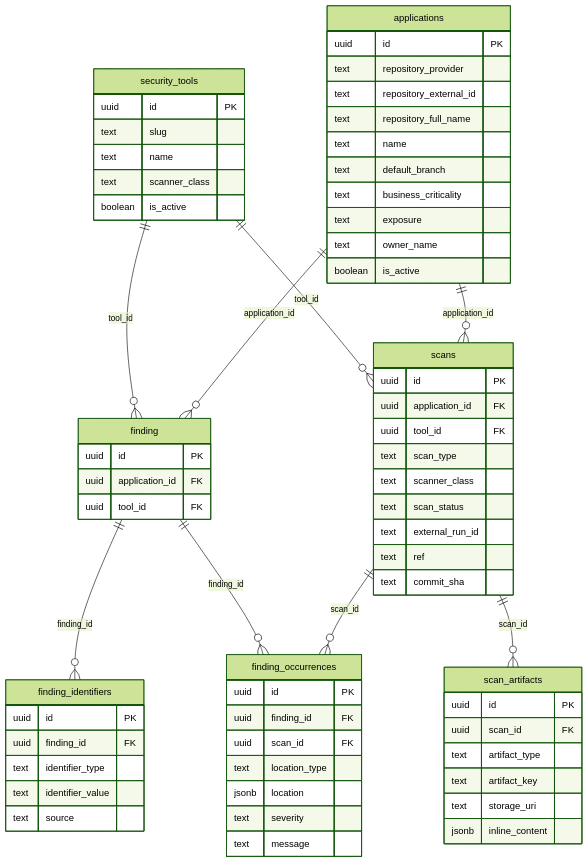
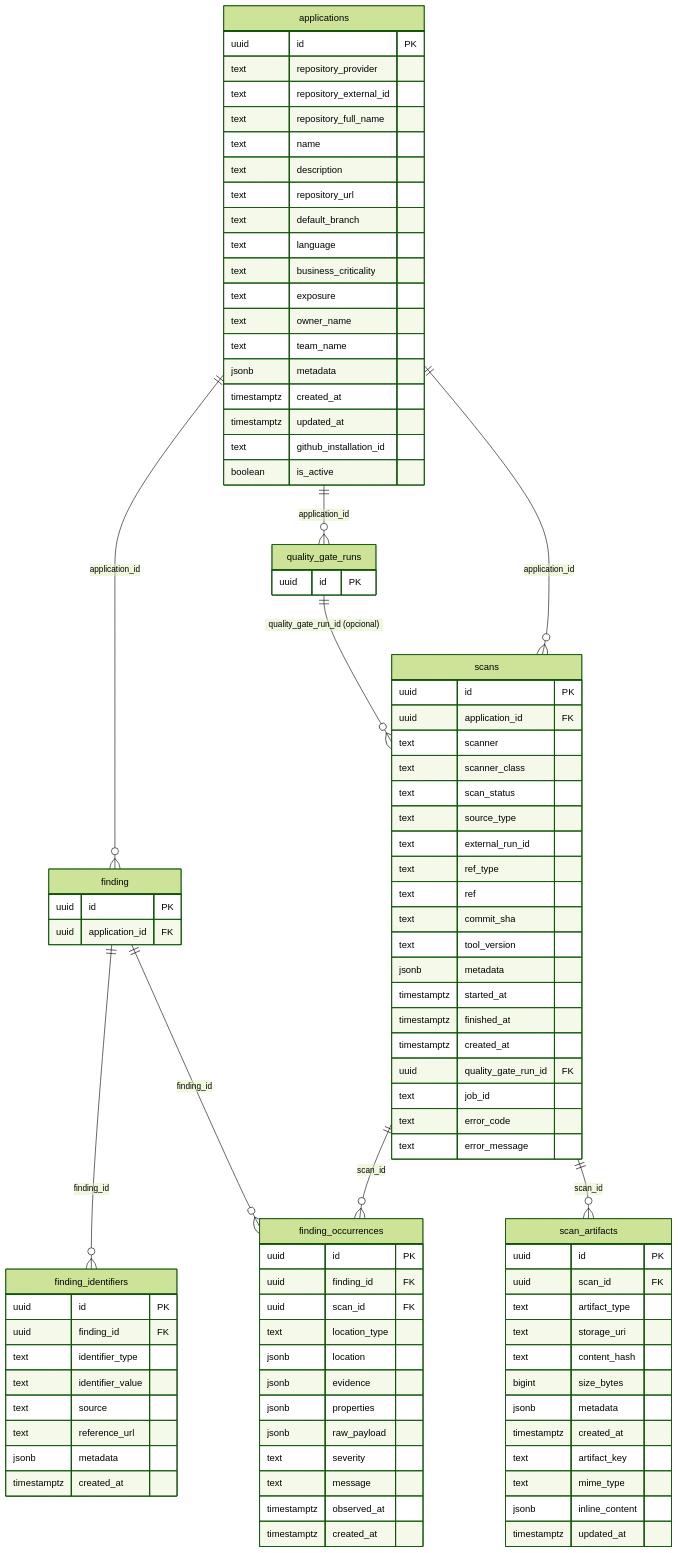
Before and after one commit to OdinEye-FIAP/aspm-docs: the third of 5 diagrams in docs/reference/database-schema.md, drawn with Mermaid (forest theme). The commit also changed other lines of this file and 2 other files, not shown here.

First line of the commit message:
docs: remove security_tools e ressincroniza database-schema.md

````diff
--- a/docs/reference/database-schema.md
+++ b/docs/reference/database-schema.md
@@ -265,37 +239,54 @@
         text repository_external_id
         text repository_full_name
         text name
+        text description
+        text repository_url
         text default_branch
+        text language
         text business_criticality
         text exposure
         text owner_name
-        boolean is_active
-    }
-    security_tools {
-        uuid id PK
-        text slug
-        text name
-        text scanner_class
+        text team_name
+        jsonb metadata
+        timestamptz created_at
+        timestamptz updated_at
+        text github_installation_id
         boolean is_active
     }
     scans {
         uuid id PK
         uuid application_id FK
-        uuid tool_id FK
-        text scan_type
+        text scanner
         text scanner_class
         text scan_status
+        text source_type
         text external_run_id
+        text ref_type
         text ref
         text commit_sha
+        text tool_version
+        jsonb metadata
+        timestamptz started_at
+        timestamptz finished_at
+        timestamptz created_at
+        uuid quality_gate_run_id FK
+        text job_id
+        text error_code
+        text error_message
     }
     scan_artifacts {
         uuid id PK
         uuid scan_id FK
         text artifact_type
+        text storage_uri
+        text content_hash
+        bigint size_bytes
+        jsonb metadata
+        timestamptz created_at
         text artifact_key
-        text storage_uri
+        text mime_type
         jsonb inline_content
+        timestamptz updated_at
     }
     finding_occurrences {
         uuid id PK
@@ -303,8 +294,13 @@
         uuid scan_id FK
         text location_type
         jsonb location
+        jsonb evidence
+        jsonb properties
+        jsonb raw_payload
         text severity
         text message
+        timestamptz observed_at
+        timestamptz created_at
     }
     finding_identifiers {
         uuid id PK
@@ -312,19 +308,24 @@
         text identifier_type
         text identifier_value
         text source
+        text reference_url
+        jsonb metadata
+        timestamptz created_at
     }
     finding {
         uuid id PK
         uuid application_id FK
-        uuid tool_id FK
+    }
+    quality_gate_runs {
+        uuid id PK
     }
 
     applications ||--o{ finding : "application_id"
     applications ||--o{ scans : "application_id"
-    security_tools ||--o{ finding : "tool_id"
-    security_tools ||--o{ scans : "tool_id"
+    applications ||--o{ quality_gate_runs : "application_id"
     scans ||--o{ scan_artifacts : "scan_id"
     scans ||--o{ finding_occurrences : "scan_id"
     finding ||--o{ finding_occurrences : "finding_id"
     finding ||--o{ finding_identifiers : "finding_id"
+    quality_gate_runs ||--o{ scans : "quality_gate_run_id (opcional)"
 ```
````
